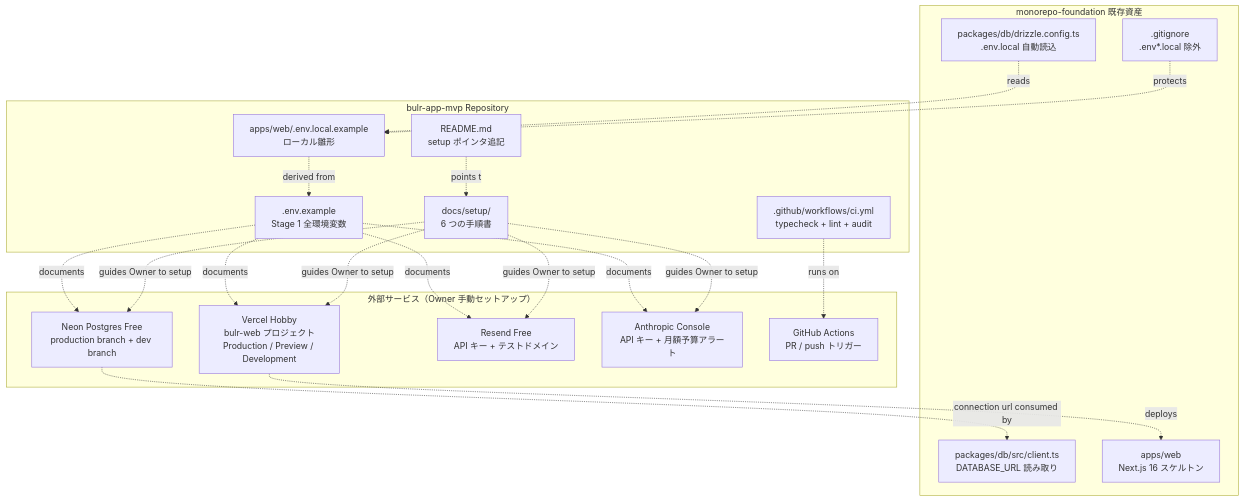
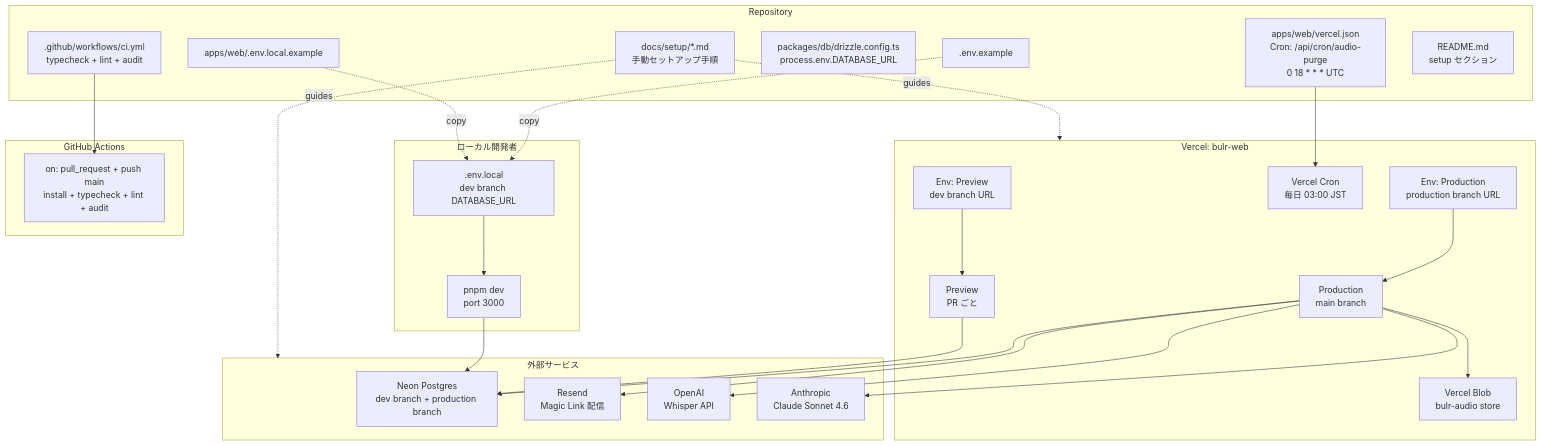
Before and after one commit to nonnta-ww/bulr-app-mvp: the diagram in .kiro/specs/multi-env-infrastructure/design.md, drawn with Mermaid. The commit also changed other lines of this file and 39 other files, not shown here.

````diff
--- a/.kiro/specs/multi-env-infrastructure/design.md
+++ b/.kiro/specs/multi-env-infrastructure/design.md
@@ -97,42 +104,54 @@
 ```mermaid
 graph TB
-    subgraph Repo["bulr-app-mvp Repository"]
-        EnvExample[.env.example<br/>Stage 1 全環境変数]
-        WebEnvExample[apps/web/.env.local.example<br/>ローカル雛形]
-        SetupDocs[docs/setup/<br/>6 つの手順書]
-        CiYml[.github/workflows/ci.yml<br/>typecheck + lint + audit]
-        Readme[README.md<br/>setup ポインタ追記]
+    subgraph LocalDev[ローカル開発者]
+        EnvLocal[.env.local<br/>dev branch DATABASE_URL]
+        DevServer[pnpm dev<br/>port 3000]
     end
 
-    subgraph Existing["monorepo-foundation 既存資産"]
-        DbClient[packages/db/src/client.ts<br/>DATABASE_URL 読み取り]
-        DrizzleConfig[packages/db/drizzle.config.ts<br/>.env.local 自動読込]
-        WebApp[apps/web<br/>Next.js 16 スケルトン]
-        Gitignore[.gitignore<br/>.env*.local 除外]
+    subgraph Repo[Repository]
+        EnvExample[.env.example]
+        WebEnvExample[apps/web/.env.local.example]
+        VercelJson[apps/web/vercel.json<br/>Cron: /api/cron/audio-purge<br/>0 18 * * * UTC]
+        DrizzleConfig[packages/db/drizzle.config.ts<br/>process.env.DATABASE_URL]
+        CIYml[.github/workflows/ci.yml<br/>typecheck + lint + audit]
+        DocsSetup[docs/setup/*.md<br/>手動セットアップ手順]
+        Readme[README.md<br/>setup セクション]
     end
 
-    subgraph External["外部サービス（Owner 手動セットアップ）"]
-        Vercel[Vercel Hobby<br/>bulr-web プロジェクト<br/>Production / Preview / Development]
-        Neon[Neon Postgres Free<br/>production branch + dev branch]
-        Resend[Resend Free<br/>API キー + テストドメイン]
-        Anthropic[Anthropic Console<br/>API キー + 月額予算アラート]
-        GitHub[GitHub Actions<br/>PR / push トリガー]
+    subgraph Vercel[Vercel: bulr-web]
+        VercelProd[Production<br/>main branch]
+        VercelPreview[Preview<br/>PR ごと]
+        VercelEnvProd[Env: Production<br/>production branch URL]
+        VercelEnvPreview[Env: Preview<br/>dev branch URL]
+        VercelCron[Vercel Cron<br/>毎日 03:00 JST]
+        VercelBlob[Vercel Blob<br/>bulr-audio store]
     end
 
-    EnvExample -.documents.-> Vercel
-    EnvExample -.documents.-> Neon
-    EnvExample -.documents.-> Resend
-    EnvExample -.documents.-> Anthropic
-    WebEnvExample -.derived from.-> EnvExample
-    SetupDocs -.guides Owner to setup.-> Vercel
-    SetupDocs -.guides Owner to setup.-> Neon
-    SetupDocs -.guides Owner to setup.-> Resend
-    SetupDocs -.guides Owner to setup.-> Anthropic
-    CiYml -.runs on.-> GitHub
-    Readme -.points to.-> SetupDocs
+    subgraph External[外部サービス]
+        Neon[Neon Postgres<br/>dev branch + production branch]
+        Resend[Resend<br/>Magic Link 配信]
+        OpenAI[OpenAI<br/>Whisper API]
+        Anthropic[Anthropic<br/>Claude Sonnet 4.6]
+    end
 
-    Vercel -.deploys.-> WebApp
-    Neon -.connection url consumed by.-> DbClient
-    DrizzleConfig -.reads.-> WebEnvExample
-    Gitignore -.protects.-> WebEnvExample
+    subgraph CI[GitHub Actions]
+        CIRun[on: pull_request + push main<br/>install + typecheck + lint + audit]
+    end
+
+    EnvLocal --> DevServer
+    EnvExample -.copy.-> EnvLocal
+    WebEnvExample -.copy.-> EnvLocal
+    DocsSetup -.guides.-> Vercel
+    DocsSetup -.guides.-> External
+    VercelJson --> VercelCron
+    VercelEnvProd --> VercelProd
+    VercelEnvPreview --> VercelPreview
+    VercelProd --> Neon
+    VercelPreview --> Neon
+    VercelProd --> Resend
+    VercelProd --> OpenAI
+    VercelProd --> Anthropic
+    VercelProd --> VercelBlob
+    DevServer --> Neon
+    CIYml --> CIRun
 ```
````
